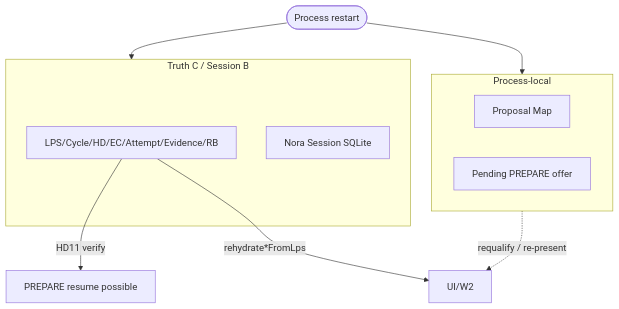
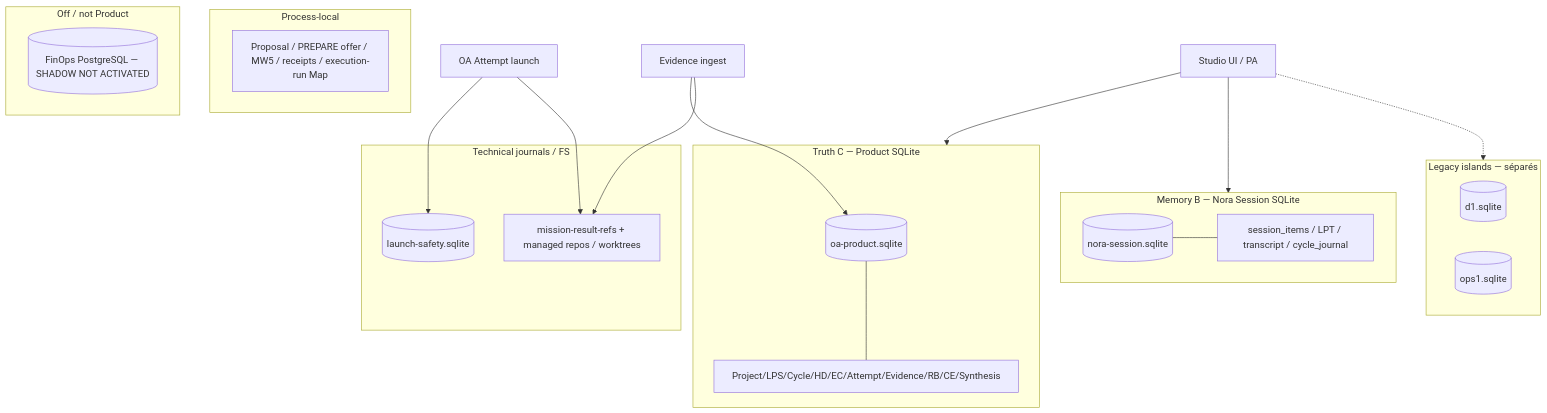
Before and after one commit to mcleland147/sfia-workspace: the first of 2 diagrams in sfia-review-handoff/latest-chatgpt-review.md, drawn with Mermaid. The commit also changed other lines of this file, not shown here.

````diff
--- a/sfia-review-handoff/latest-chatgpt-review.md
+++ b/sfia-review-handoff/latest-chatgpt-review.md
@@ -409,16 +173,32 @@
 ```mermaid
 flowchart TB
-  subgraph Durable["Truth C / Session B"]
-    LPS[LPS/Cycle/HD/EC/Attempt/Evidence/RB]
-    NS[Nora Session SQLite]
+  subgraph TruthC["Truth C — Product SQLite"]
+    P[(oa-product.sqlite)]
+    P --- OA[Project/LPS/Cycle/HD/EC/Attempt/Evidence/RB/CE/Synthesis]
   end
-  subgraph Lost["Process-local"]
-    PROP[Proposal Map]
-    OFF[Pending PREPARE offer]
+  subgraph MemB["Memory B — Nora Session SQLite"]
+    N[(nora-session.sqlite)]
+    N --- SESS[session_items / LPT / transcript / cycle_journal]
   end
-  Restart([Process restart]) --> Durable
-  Restart --> Lost
-  Lost -.->|requalify / re-present| UI[UI/W2]
-  LPS -->|HD11 verify| PREP[PREPARE resume possible]
-  LPS -->|rehydrate*FromLps| UI
+  subgraph Legacy["Legacy islands — séparés"]
+    D1[(d1.sqlite)]
+    OPS1[(ops1.sqlite)]
+  end
+  subgraph Tech["Technical journals / FS"]
+    LS[(launch-safety.sqlite)]
+    FS[mission-result-refs + managed repos / worktrees]
+  end
+  subgraph Ephem["Process-local"]
+    MAP[Proposal / PREPARE offer / MW5 / receipts / execution-run Map]
+  end
+  subgraph Off["Off / not Product"]
+    PG[(FinOps PostgreSQL — SHADOW NOT ACTIVATED)]
+  end
+  UI[Studio UI / PA] --> TruthC
+  UI --> MemB
+  UI -.-> Legacy
+  Attempt[OA Attempt launch] --> LS
+  Attempt --> FS
+  Evidence[Evidence ingest] --> P
+  Evidence --> FS
 ```
````
